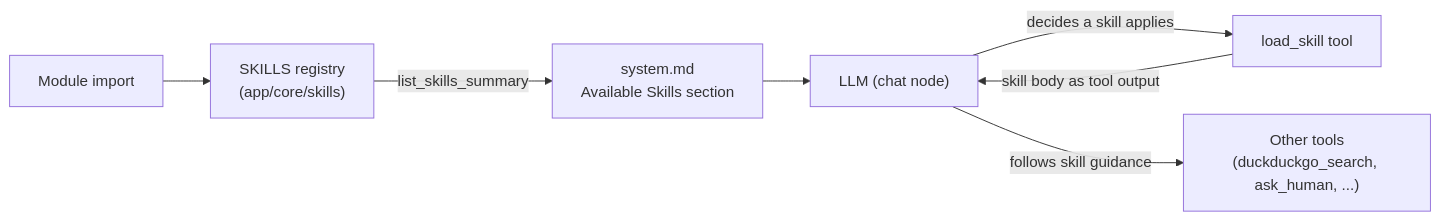
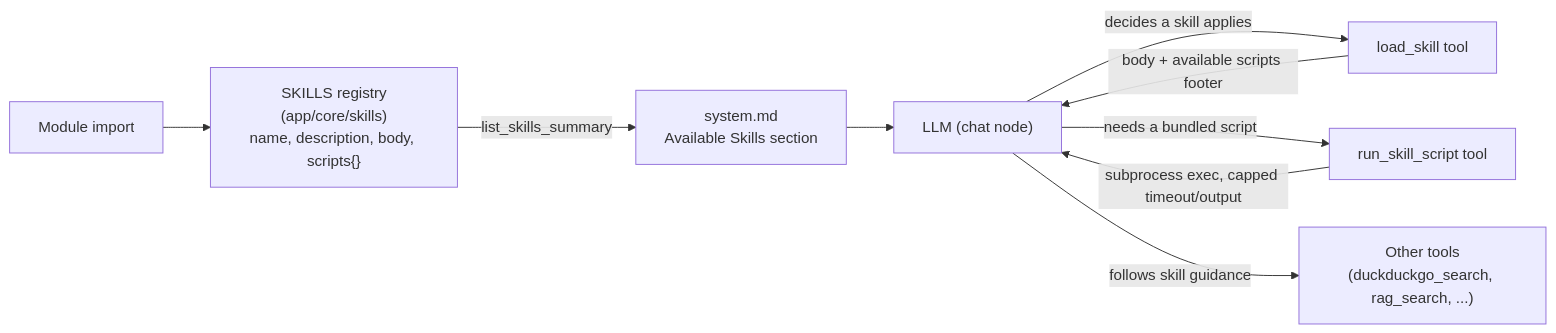
The diagram in docs/skills.md (suning10/AIProduction), drawn with Mermaid before and after one commit. The commit also changed other lines of this file and 8 other files, not shown here.

````diff
--- a/docs/skills.md
+++ b/docs/skills.md
@@ -46,16 +76,19 @@
 ```mermaid
 flowchart LR
     Boot["Module import"]
-    Registry["SKILLS registry\n(app/core/skills)"]
+    Registry["SKILLS registry\n(app/core/skills)\nname, description, body, scripts{}"]
     Prompt["system.md\nAvailable Skills section"]
     LLM["LLM (chat node)"]
     LoadTool["load_skill tool"]
-    OtherTools["Other tools\n(duckduckgo_search, ask_human, ...)"]
+    RunTool["run_skill_script tool"]
+    OtherTools["Other tools\n(duckduckgo_search, rag_search, ...)"]
 
     Boot --> Registry
     Registry -->|list_skills_summary| Prompt
     Prompt --> LLM
     LLM -->|"decides a skill applies"| LoadTool
-    LoadTool -->|"skill body as tool output"| LLM
+    LoadTool -->|"body + available scripts footer"| LLM
+    LLM -->|"needs a bundled script"| RunTool
+    RunTool -->|"subprocess exec, capped timeout/output"| LLM
     LLM -->|"follows skill guidance"| OtherTools
 ```
````
